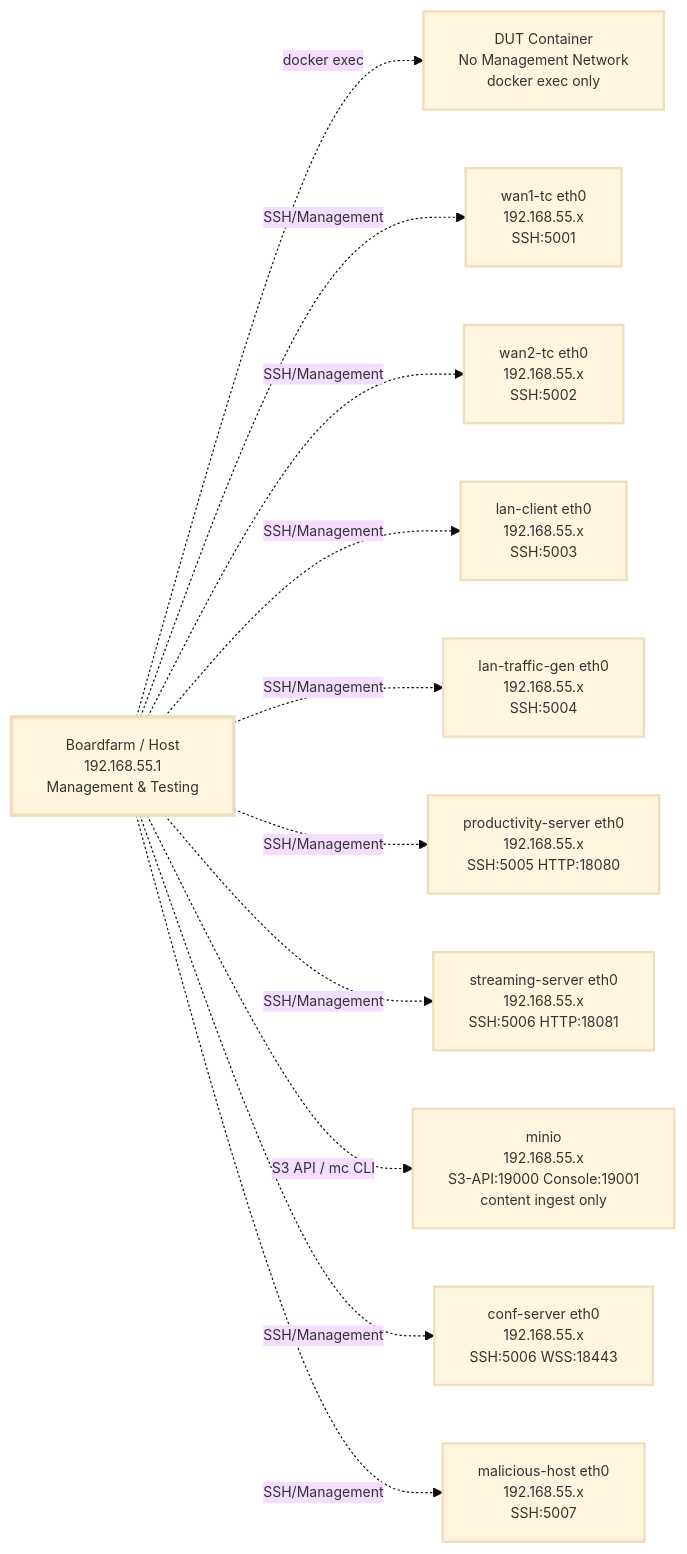
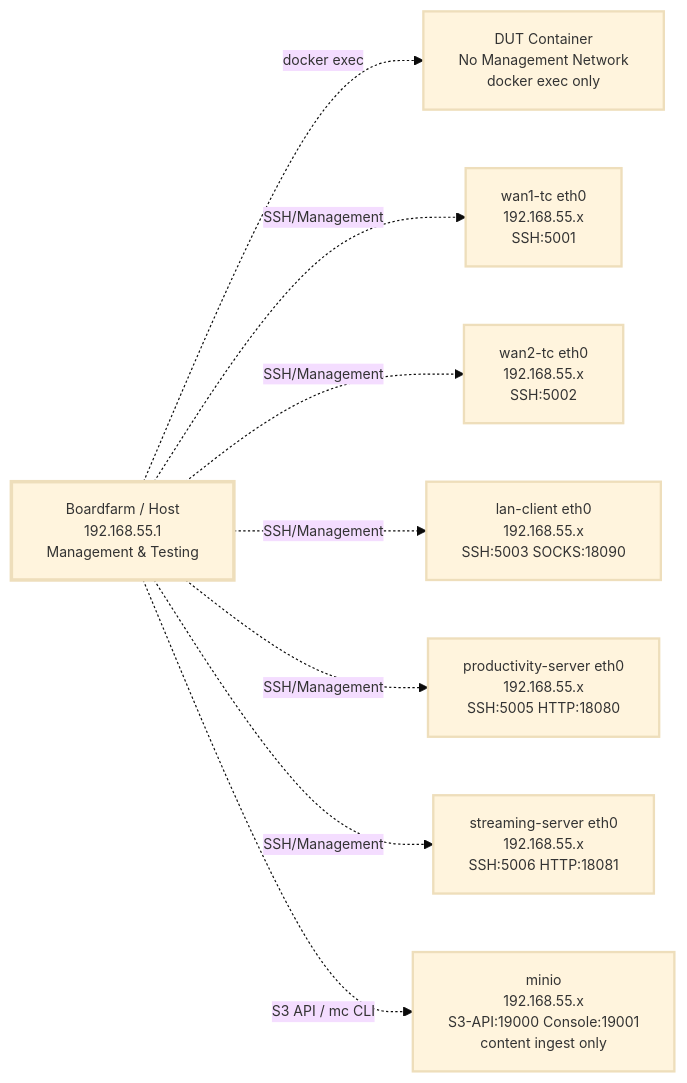
One commit to alottabits/boardfarm-bdd changed the first of 2 diagrams in docs/SDWAN_Testbed_Configuration.md. Above: the diagram before and after it, drawn with Mermaid. The commit also changed other lines of this file and 26 other files, not shown here.

Commit message:
Updated dual WAN testbed configuration and documentation, including enhancements to the SD-WAN router, traffic controllers, and QoE client. Adjusted IP addresses and added traffic metrics for WAN interfaces. Improved architecture documentation for clarity on component roles and configurations.

````diff
--- a/docs/SDWAN_Testbed_Configuration.md
+++ b/docs/SDWAN_Testbed_Configuration.md
@@ -83,32 +83,26 @@
 ```mermaid
 %%{init: {'theme': 'base', 'themeVariables': { 'fontSize': '12px', 'fontFamily': 'arial' }}}%%
 flowchart LR
     MGMT[Boardfarm / Host<br/>192.168.55.1<br/>Management & Testing]
 
     DUT_MGMT[DUT Container<br/>No Management Network<br/>docker exec only]
     TC1_MGMT[wan1-tc eth0<br/>192.168.55.x<br/>SSH:5001]
     TC2_MGMT[wan2-tc eth0<br/>192.168.55.x<br/>SSH:5002]
-    LAN_MGMT[lan-client eth0<br/>192.168.55.x<br/>SSH:5003]
-    GEN_MGMT[lan-traffic-gen eth0<br/>192.168.55.x<br/>SSH:5004]
+    LAN_MGMT[lan-client eth0<br/>192.168.55.x<br/>SSH:5003 SOCKS:18090]
     PROD_MGMT[productivity-server eth0<br/>192.168.55.x<br/>SSH:5005 HTTP:18080]
     STREAM_MGMT[streaming-server eth0<br/>192.168.55.x<br/>SSH:5006 HTTP:18081]
     MINIO_MGMT[minio<br/>192.168.55.x<br/>S3-API:19000 Console:19001<br/>content ingest only]
-    CONF_MGMT[conf-server eth0<br/>192.168.55.x<br/>SSH:5006 WSS:18443]
-    MAL_MGMT[malicious-host eth0<br/>192.168.55.x<br/>SSH:5007]
 
     MGMT -.->|docker exec| DUT_MGMT
     MGMT -.->|SSH/Management| TC1_MGMT
     MGMT -.->|SSH/Management| TC2_MGMT
     MGMT -.->|SSH/Management| LAN_MGMT
-    MGMT -.->|SSH/Management| GEN_MGMT
     MGMT -.->|SSH/Management| PROD_MGMT
     MGMT -.->|SSH/Management| STREAM_MGMT
     MGMT -.->|S3 API / mc CLI| MINIO_MGMT
-    MGMT -.->|SSH/Management| CONF_MGMT
-    MGMT -.->|SSH/Management| MAL_MGMT
 
     classDef mgmt stroke-width:3px
     classDef container stroke-width:2px
     class MGMT mgmt
-    class DUT_MGMT,TC1_MGMT,TC2_MGMT,LAN_MGMT,GEN_MGMT,PROD_MGMT,STREAM_MGMT,MINIO_MGMT,CONF_MGMT,MAL_MGMT container
+    class DUT_MGMT,TC1_MGMT,TC2_MGMT,LAN_MGMT,PROD_MGMT,STREAM_MGMT,MINIO_MGMT container
 ```
````
